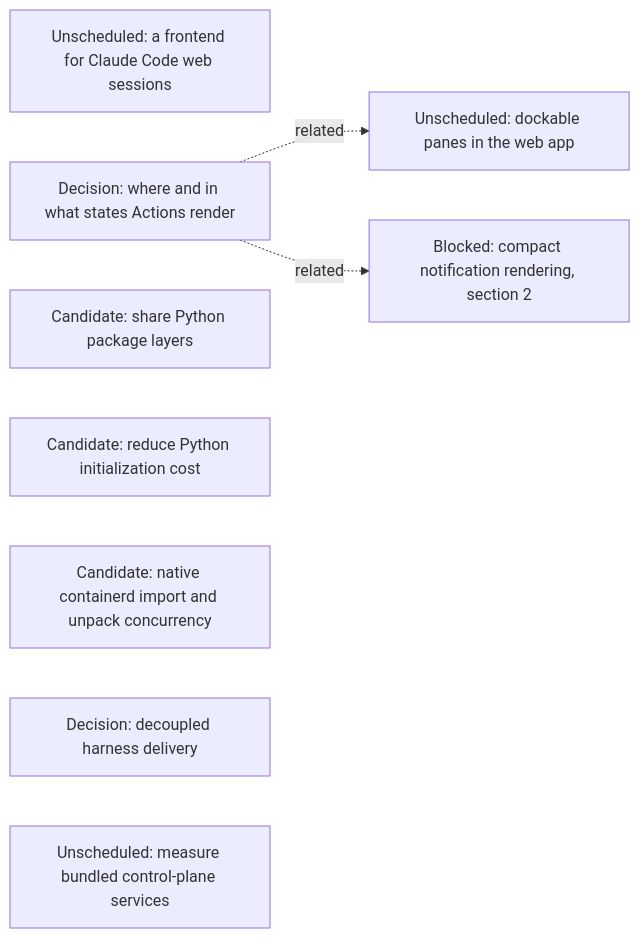
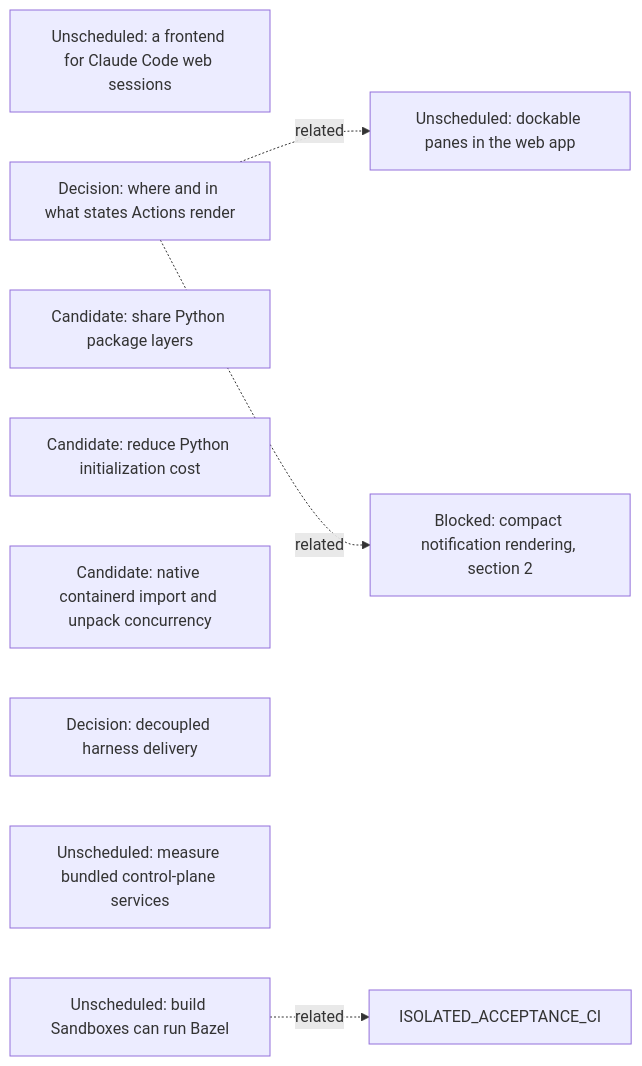
Before and after one commit to agentydragon/ducktape: the seventh of 16 diagrams in agentplane/plans/task_dag.md, drawn with Mermaid. The commit also changed other lines of this file, not shown here.

First line of the commit message:
DAG: build Sandboxes cannot run Bazel

````diff
--- a/agentplane/plans/task_dag.md
+++ b/agentplane/plans/task_dag.md
@@ -626,14 +626,16 @@
 ```mermaid
 flowchart LR
     CLAUDE_CODE_WEB_BRIDGE[Unscheduled: a frontend for Claude Code web sessions]
     ACTION_SURFACES_DESIGN[Decision: where and in what states Actions render]
     K3S_SHARED_PACKAGE_LAYERS[Candidate: share Python package layers]
     K3S_PYTHON_INITIALIZATION[Candidate: reduce Python initialization cost]
     K3S_IMPORT_CONCURRENCY[Candidate: native containerd import and unpack concurrency]
     RUNNER_HARNESS_DELIVERY_DESIGN[Decision: decoupled harness delivery]
     K3S_BUNDLED_SERVICES_SPIKE[Unscheduled: measure bundled control-plane services]
     DOCKABLE_PANES[Unscheduled: dockable panes in the web app]
     ACTION_SURFACES_DESIGN -. related .-> DOCKABLE_PANES
     NOTIFICATION_PRESENTATION[Blocked: compact notification rendering, section 2]
     ACTION_SURFACES_DESIGN -. related .-> NOTIFICATION_PRESENTATION
+    BUILD_BOX_BAZEL[Unscheduled: build Sandboxes can run Bazel]
+    BUILD_BOX_BAZEL -. related .-> ISOLATED_ACCEPTANCE_CI
 ```
````
